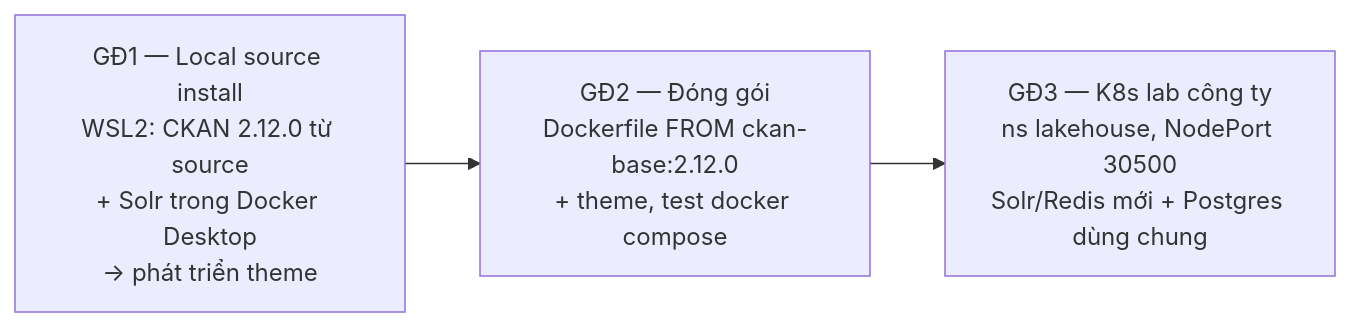
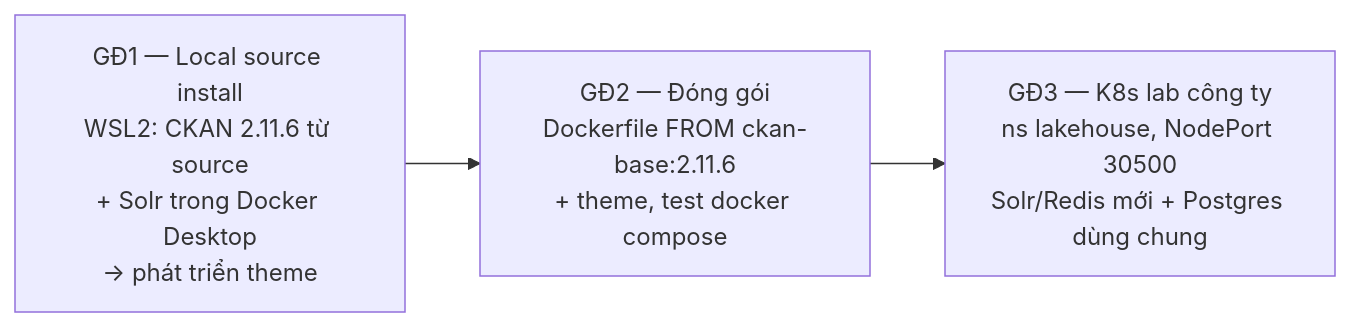
One commit to jayyyyte/ckan_customized changed the diagram in docs/roadmap.md. Above: the diagram before and after it, drawn with Mermaid. The commit also changed other lines of this file and 8 other files, not shown here.

````diff
--- a/docs/roadmap.md
+++ b/docs/roadmap.md
@@ -17,5 +17,5 @@
 ```mermaid
 flowchart LR
-  P1["GĐ1 — Local source install<br/>WSL2: CKAN 2.12.0 từ source<br/>+ Solr trong Docker Desktop<br/>→ phát triển theme"] --> P2["GĐ2 — Đóng gói<br/>Dockerfile FROM ckan-base:2.12.0<br/>+ theme, test docker compose"]
+  P1["GĐ1 — Local source install<br/>WSL2: CKAN 2.11.6 từ source<br/>+ Solr trong Docker Desktop<br/>→ phát triển theme"] --> P2["GĐ2 — Đóng gói<br/>Dockerfile FROM ckan-base:2.11.6<br/>+ theme, test docker compose"]
   P2 --> P3["GĐ3 — K8s lab công ty<br/>ns lakehouse, NodePort 30500<br/>Solr/Redis mới + Postgres dùng chung"]
 ```
````
